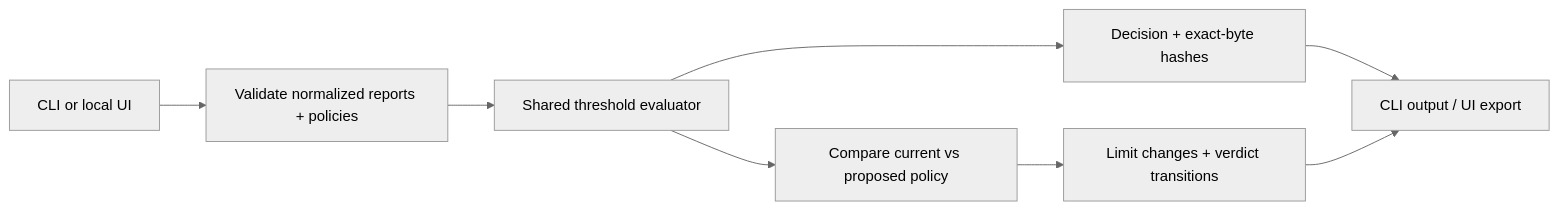
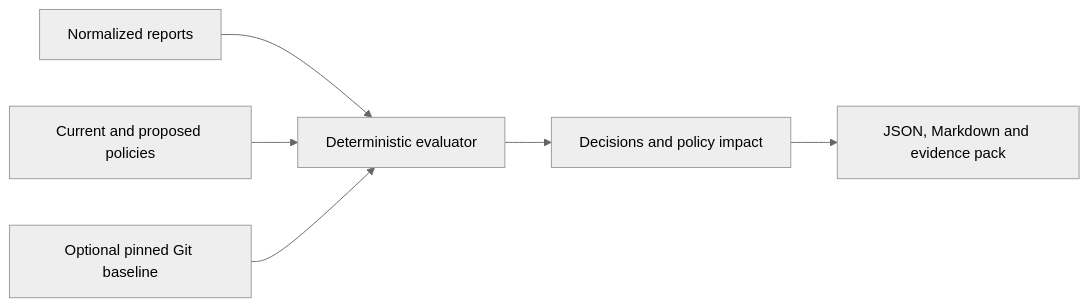
Before and after one commit to theprideofwolves/vanguard: the diagram in README.md, drawn with Mermaid (neutral theme). The commit also changed other lines of this file and 23 other files, not shown here.

Commit message:
Add pinned policy review, shadow mode and readable evidence [skip ci]

````diff
--- a/README.md
+++ b/README.md
@@ -32,10 +33,8 @@
 ```mermaid
 flowchart LR
-    A[CLI or local UI] --> B[Validate normalized reports + policies]
-    B --> C[Shared threshold evaluator]
-    C --> D[Decision + exact-byte hashes]
-    C --> E[Compare current vs proposed policy]
-    E --> F[Limit changes + verdict transitions]
-    D --> G[CLI output / UI export]
-    F --> G
+    A[Normalized reports] --> C[Deterministic evaluator]
+    B[Current and proposed policies] --> C
+    G[Optional pinned Git baseline] --> C
+    C --> D[Decisions and policy impact]
+    D --> E[JSON, Markdown and evidence pack]
 ```
````
